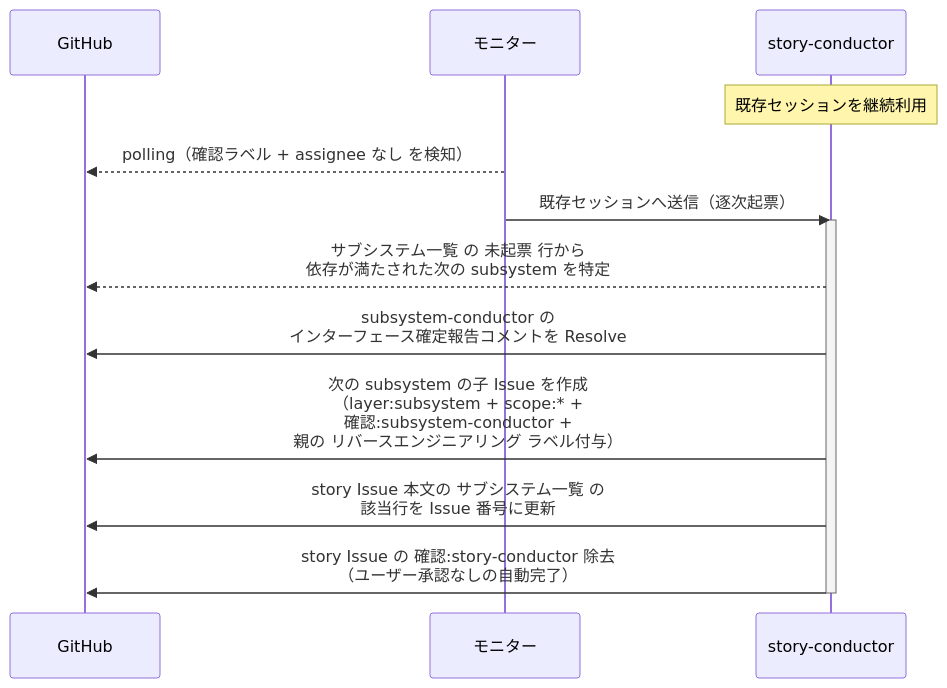
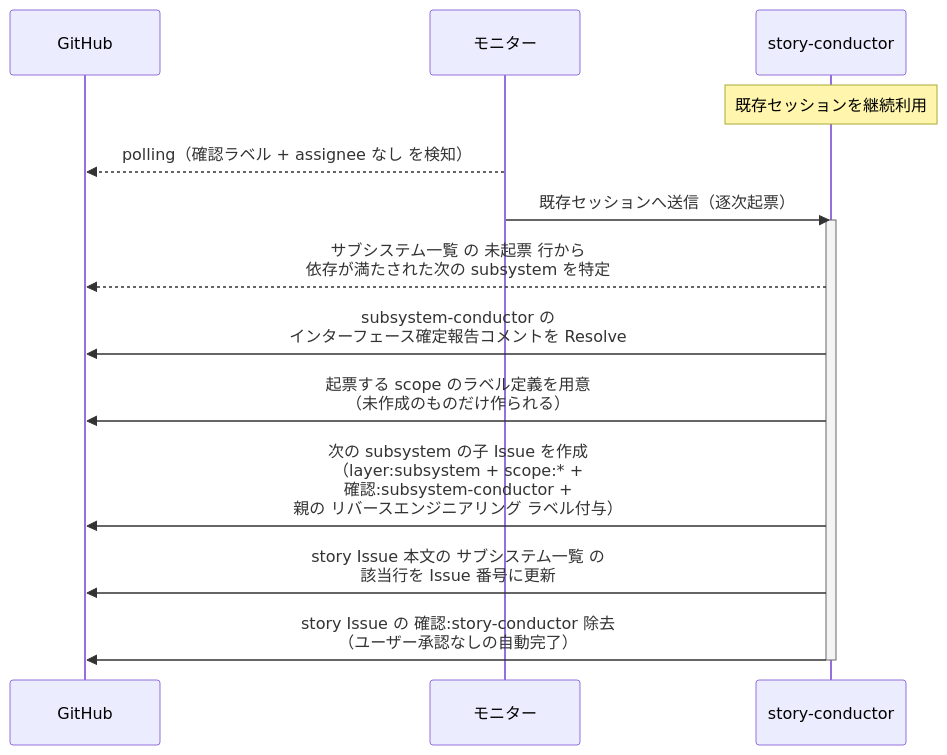
Before and after one commit to shuhei1101/ai-monitor: the second of 2 diagrams in docs/wiki/設計図/シナリオ/単一ユースケース/子subsystem起票.md, drawn with Mermaid. The commit also changed other lines of this file and 14 other files, not shown here.

````diff
--- a/docs/wiki/設計図/シナリオ/単一ユースケース/子subsystem起票.md
+++ b/docs/wiki/設計図/シナリオ/単一ユースケース/子subsystem起票.md
@@ -71,17 +73,18 @@
 ```mermaid
 sequenceDiagram
   participant GH as GitHub
   participant ORC as モニター
   participant MON as story-conductor
 
   Note over MON: 既存セッションを継続利用
   ORC-->>GH: polling（確認ラベル + assignee なし を検知）
   ORC->>MON: 既存セッションへ送信（逐次起票）
   activate MON
   MON-->>GH: サブシステム一覧 の 未起票 行から<br>依存が満たされた次の subsystem を特定
   MON->>GH: subsystem-conductor の<br>インターフェース確定報告コメントを Resolve
+  MON->>GH: 起票する scope のラベル定義を用意<br>（未作成のものだけ作られる）
   MON->>GH: 次の subsystem の子 Issue を作成<br>（layer:subsystem + scope:* +<br>確認:subsystem-conductor +<br>親の リバースエンジニアリング ラベル付与）
   MON->>GH: story Issue 本文の サブシステム一覧 の<br>該当行を Issue 番号に更新
   MON->>GH: story Issue の 確認:story-conductor 除去<br>（ユーザー承認なしの自動完了）
   deactivate MON
 ```
````
